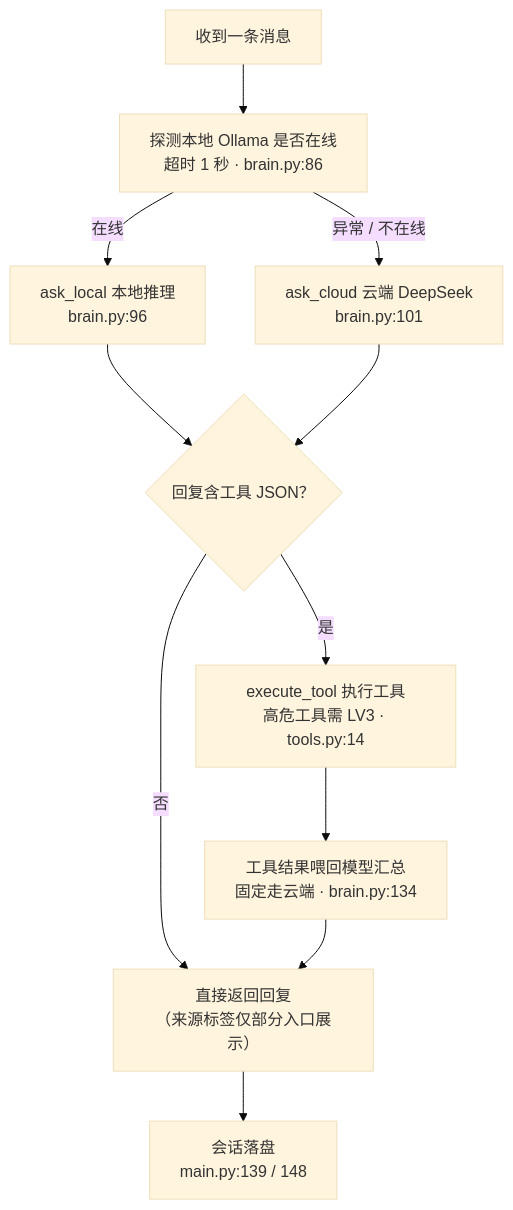
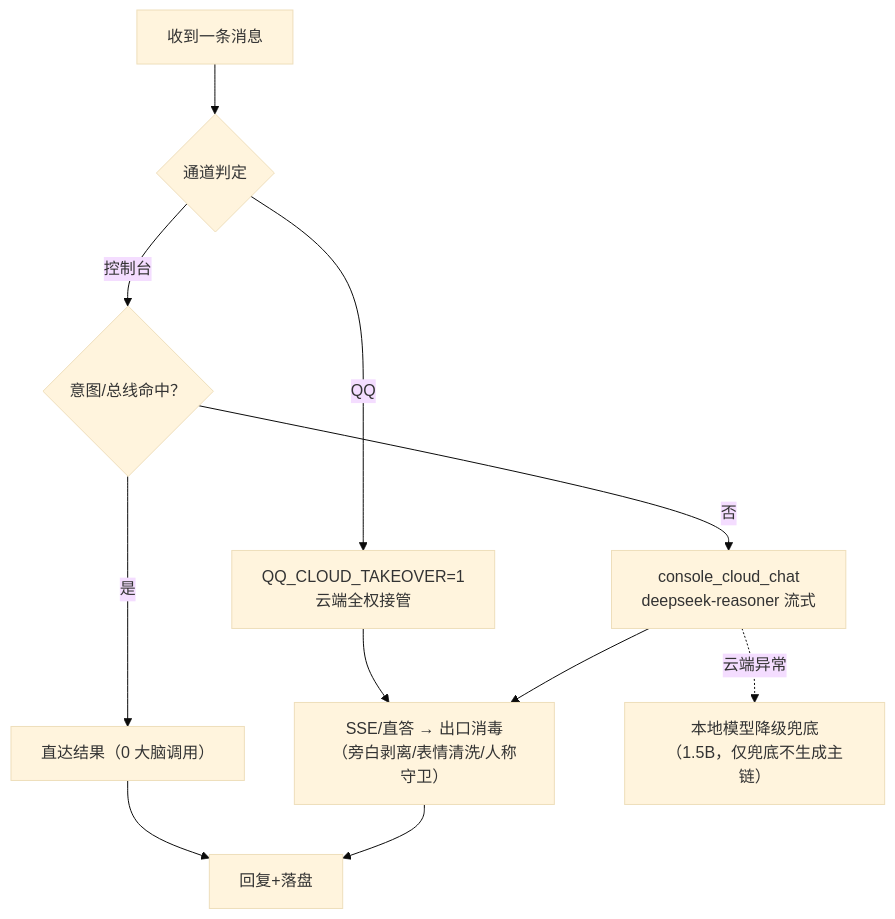
The second of 2 diagrams in 架构设计文档.md (Xun201/xiaoju3-agent), drawn with Mermaid (base theme) before and after one commit. The commit also changed other lines of this file and 3 other files, not shown here.

````diff
--- a/架构设计文档.md
+++ b/架构设计文档.md
@@ -123,13 +129,13 @@
 ```mermaid
 flowchart TD
-    A["收到一条消息"] --> B["探测本地 Ollama 是否在线<br/>超时 1 秒 · brain.py:86"]
-    B -->|"在线"| C["ask_local 本地推理<br/>brain.py:96"]
-    B -->|"异常 / 不在线"| D["ask_cloud 云端 DeepSeek<br/>brain.py:101"]
-    C --> E{"回复含工具 JSON？"}
-    D --> E
-    E -->|"是"| F["execute_tool 执行工具<br/>高危工具需 LV3 · tools.py:14"]
-    F --> G["工具结果喂回模型汇总<br/>固定走云端 · brain.py:134"]
-    E -->|"否"| H["直接返回回复<br/>（来源标签仅部分入口展示）"]
+    A["收到一条消息"] --> B{"通道判定"}
+    B -->|QQ| C["QQ_CLOUD_TAKEOVER=1<br/>云端全权接管"]
+    B -->|控制台| D{"意图/总线命中？"}
+    D -->|是| E["直达结果（0 大脑调用）"]
+    D -->|否| F["console_cloud_chat<br/>deepseek-reasoner 流式"]
+    C --> G["SSE/直答 → 出口消毒<br/>（旁白剥离/表情清洗/人称守卫）"]
+    F --> G
+    E --> H["回复+落盘"]
     G --> H
-    H --> I["会话落盘<br/>main.py:139 / 148"]
+    F -. "云端异常" .-> I["本地模型降级兜底<br/>（1.5B，仅兜底不生成主链）"]
 ```
````
